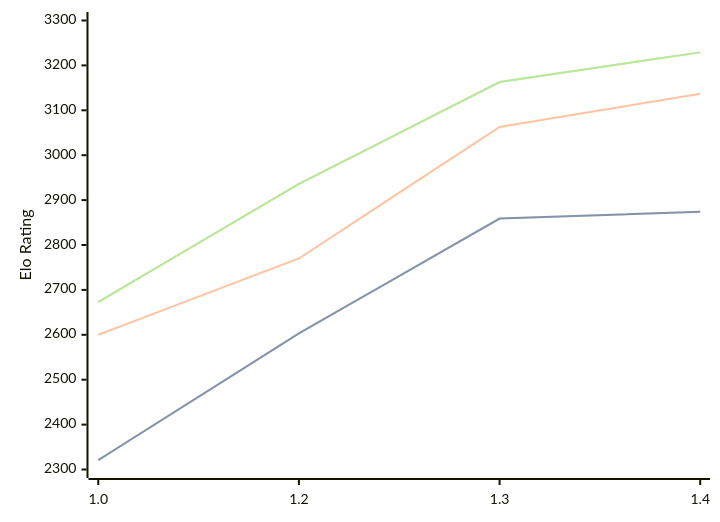
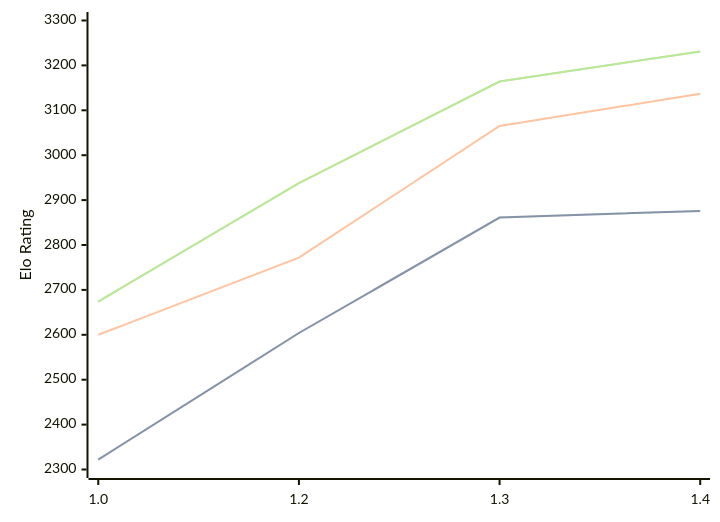
The diagram in engines/Chessnix.md (computer-chess-index/cci), drawn with Mermaid before and after one commit. The commit also changed other lines of this file, not shown here.

Commit message:
Update CCI Ratings (ELO VLTC) - 2026-08-26

````diff
--- a/engines/Chessnix.md
+++ b/engines/Chessnix.md
@@ -34,11 +34,11 @@
 ```mermaid
 %%{init: {"theme":"base","themeVariables":{"seriesColors:['#a3a3a3','#222221','#faa371']}}}%%
 xychart-beta
   x-axis ["1.0", "1.2", "1.3", "1.4"]
   y-axis "Elo Rating" 2300 --> 3300
-  line "STC (8.0+0.08s)" [2321, 2603, 2859, 2874]
-  line "STC (8.0+0.08s)" [2321, 2603, 2859, 2874]
-  line "LTC (60.0+0.60s)" [2600, 2770, 3063, 3137]
-  line "VLTC (2m24s+1.12s)" [2673, 2936, 3163, 3229]
-  line "VLTC (2m24s+1.12s)" [2673, 2936, 3163, 3229]
+  line "STC (8.0+0.08s)" [2322, 2604, 2861, 2876]
+  line "STC (8.0+0.08s)" [2322, 2604, 2861, 2876]
+  line "LTC (60.0+0.60s)" [2600, 2772, 3065, 3137]
+  line "VLTC (2m24s+1.12s)" [2674, 2938, 3164, 3231]
+  line "VLTC (2m24s+1.12s)" [2674, 2938, 3164, 3231]
 ```
````
